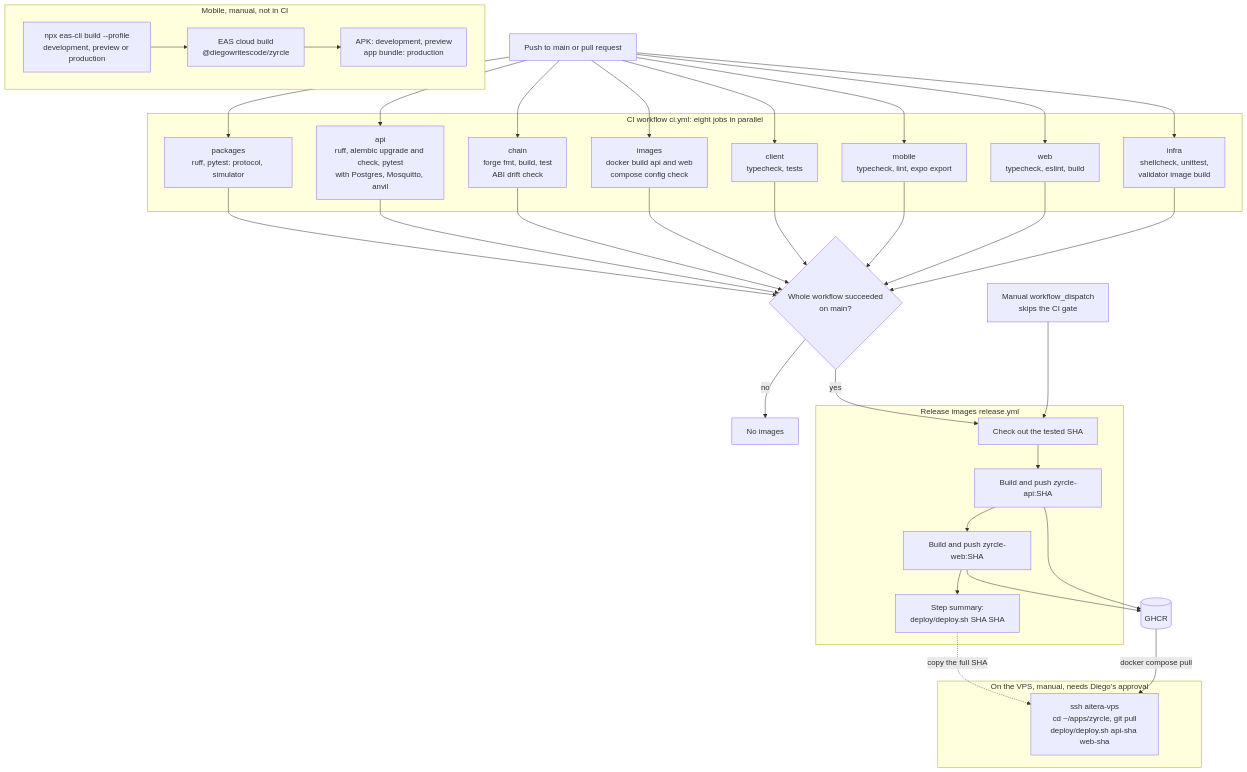
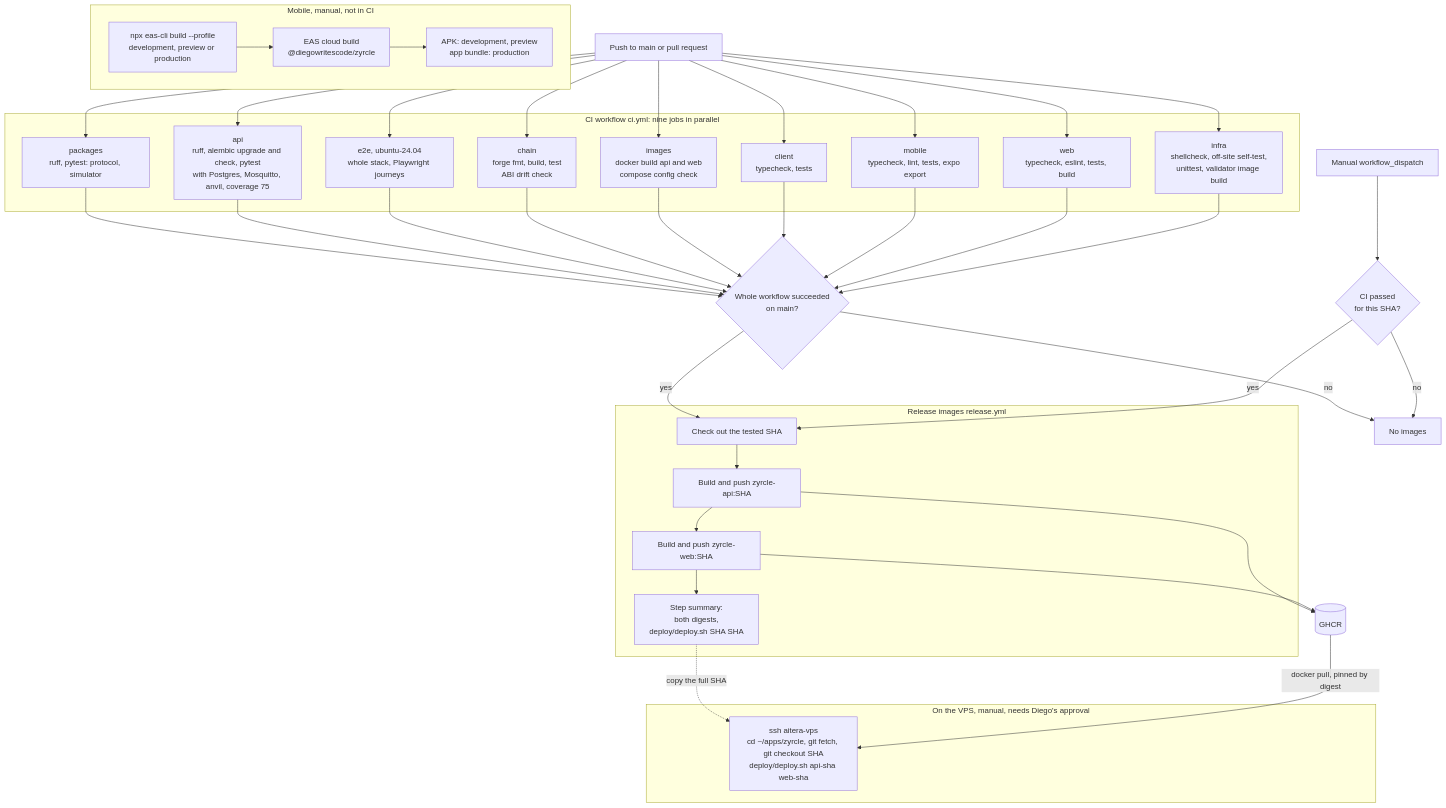
The second of 2 diagrams in docs/infrastructure.md (diegowritescode/zyrcle), drawn with Mermaid before and after one commit. The commit also changed other lines of this file and 26 other files, not shown here.

````diff
--- a/docs/infrastructure.md
+++ b/docs/infrastructure.md
@@ -701,31 +820,34 @@
 ```mermaid
 flowchart TB
-  trigger["Push to main or pull request"] --> packages & apij & chainj & imagesj & clientj & mobilej & webj & infraj
-  subgraph ci["CI workflow ci.yml: eight jobs in parallel"]
+  trigger["Push to main or pull request"] --> packages & apij & e2ej & chainj & imagesj & clientj & mobilej & webj & infraj
+  subgraph ci["CI workflow ci.yml: nine jobs in parallel"]
     packages["packages<br/>ruff, pytest: protocol, simulator"]
-    apij["api<br/>ruff, alembic upgrade and check, pytest<br/>with Postgres, Mosquitto, anvil"]
+    apij["api<br/>ruff, alembic upgrade and check, pytest<br/>with Postgres, Mosquitto, anvil, coverage 75"]
+    e2ej["e2e, ubuntu-24.04<br/>whole stack, Playwright journeys"]
     chainj["chain<br/>forge fmt, build, test<br/>ABI drift check"]
     imagesj["images<br/>docker build api and web<br/>compose config check"]
     clientj["client<br/>typecheck, tests"]
-    mobilej["mobile<br/>typecheck, lint, expo export"]
-    webj["web<br/>typecheck, eslint, build"]
-    infraj["infra<br/>shellcheck, unittest,<br/>validator image build"]
+    mobilej["mobile<br/>typecheck, lint, tests, expo export"]
+    webj["web<br/>typecheck, eslint, tests, build"]
+    infraj["infra<br/>shellcheck, off-site self-test,<br/>unittest, validator image build"]
   end
-  packages & apij & chainj & imagesj & clientj & mobilej & webj & infraj --> gate{"Whole workflow succeeded<br/>on main?"}
+  packages & apij & e2ej & chainj & imagesj & clientj & mobilej & webj & infraj --> gate{"Whole workflow succeeded<br/>on main?"}
   gate -->|"no"| stop["No images"]
   gate -->|"yes"| checkout
-  dispatch["Manual workflow_dispatch<br/>skips the CI gate"] --> checkout
+  dispatch["Manual workflow_dispatch"] --> passed{"CI passed<br/>for this SHA?"}
+  passed -->|"no"| stop
+  passed -->|"yes"| checkout
   subgraph rel["Release images release.yml"]
-    checkout["Check out the tested SHA"] --> pushapi["Build and push zyrcle-api:SHA"] --> pushweb["Build and push zyrcle-web:SHA"] --> summary["Step summary:<br/>deploy/deploy.sh SHA SHA"]
+    checkout["Check out the tested SHA"] --> pushapi["Build and push zyrcle-api:SHA"] --> pushweb["Build and push zyrcle-web:SHA"] --> summary["Step summary:<br/>both digests,<br/>deploy/deploy.sh SHA SHA"]
   end
   pushapi --> ghcr[("GHCR")]
   pushweb --> ghcr
   subgraph vps["On the VPS, manual, needs Diego's approval"]
-    deploy["ssh aitera-vps<br/>cd ~/apps/zyrcle, git pull<br/>deploy/deploy.sh api-sha web-sha"]
+    deploy["ssh aitera-vps<br/>cd ~/apps/zyrcle, git fetch, git checkout SHA<br/>deploy/deploy.sh api-sha web-sha"]
   end
   summary -.->|"copy the full SHA"| deploy
-  ghcr -->|"docker compose pull"| deploy
+  ghcr -->|"docker pull, pinned by digest"| deploy
   subgraph mob["Mobile, manual, not in CI"]
     eascmd["npx eas-cli build --profile<br/>development, preview or production"] --> easbuild["EAS cloud build<br/>@diegowritescode/zyrcle"] --> artifact["APK: development, preview<br/>app bundle: production"]
   end
 ```
````
